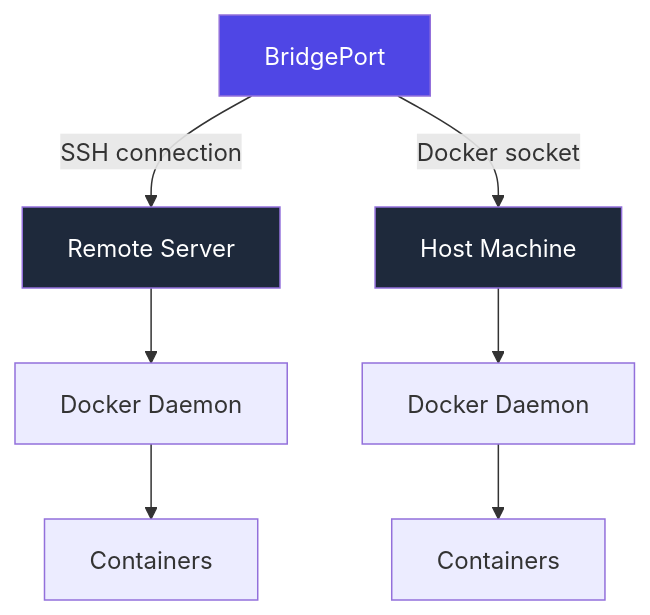
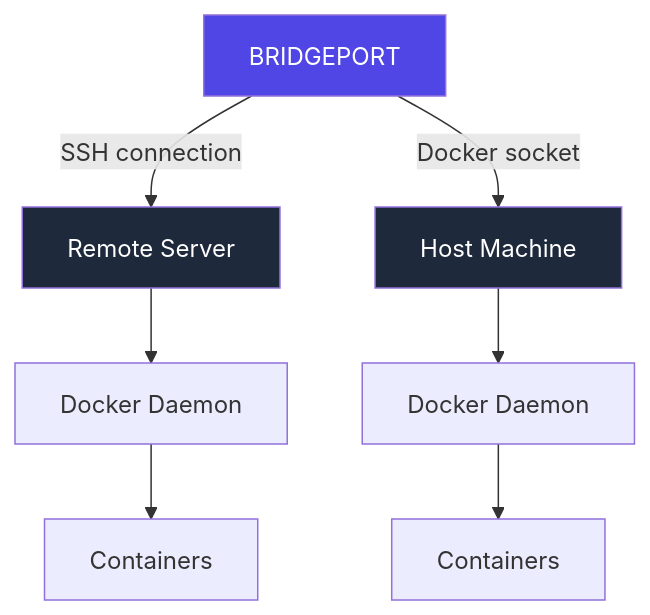
The first of 2 diagrams in docs/guides/servers.md (bridgeinpt/bridgeport), drawn with Mermaid before and after one commit. The commit also changed other lines of this file and 94 other files, not shown here.

````diff
--- a/docs/guides/servers.md
+++ b/docs/guides/servers.md
@@ -44,13 +44,13 @@
 ```mermaid
 flowchart TD
-    A[BridgePort] -->|SSH connection| B[Remote Server]
+    A[BRIDGEPORT] -->|SSH connection| B[Remote Server]
     A -->|Docker socket| C[Host Machine]
     B --> D[Docker Daemon]
     C --> E[Docker Daemon]
     D --> F[Containers]
     E --> G[Containers]
 
     style A fill:#4f46e5,color:#fff
     style B fill:#1e293b,color:#fff
     style C fill:#1e293b,color:#fff
 ```
````
